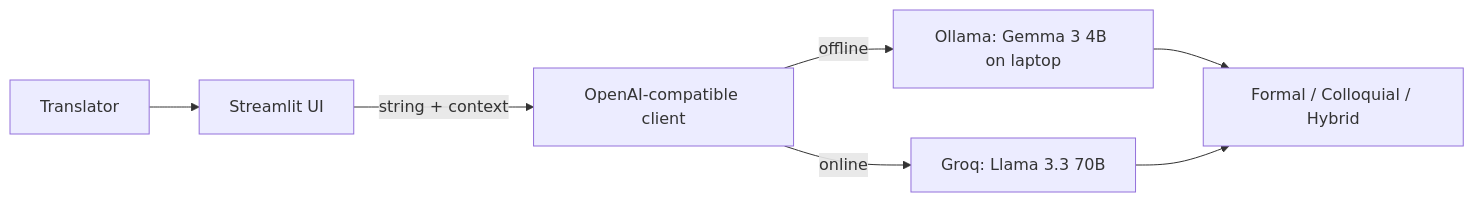
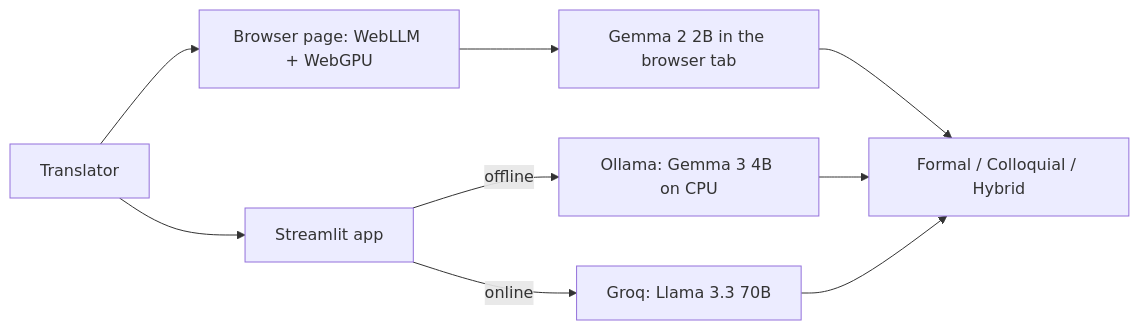
The diagram in SUBMISSION.md (arjankc/Localized-String-Assistant), drawn with Mermaid before and after one commit. The commit also changed other lines of this file and 2 other files, not shown here.

First line of the commit message:
Add zero-install browser version using WebLLM and WebGPU

````diff
--- a/SUBMISSION.md
+++ b/SUBMISSION.md
@@ -46,9 +53,11 @@
 ```mermaid
 flowchart LR
-    user[Translator] --> ui[Streamlit UI]
-    ui -->|string + context| client[OpenAI-compatible client]
-    client -->|offline| ollama["Ollama: Gemma 3 4B on laptop"]
-    client -->|online| groq["Groq: Llama 3.3 70B"]
-    ollama --> out[Formal / Colloquial / Hybrid]
+    user[Translator] --> web["Browser page: WebLLM + WebGPU"]
+    user --> st[Streamlit app]
+    web --> gemma2["Gemma 2 2B in the browser tab"]
+    st -->|offline| ollama["Ollama: Gemma 3 4B on CPU"]
+    st -->|online| groq["Groq: Llama 3.3 70B"]
+    gemma2 --> out[Formal / Colloquial / Hybrid]
+    ollama --> out
     groq --> out
 ```
````
